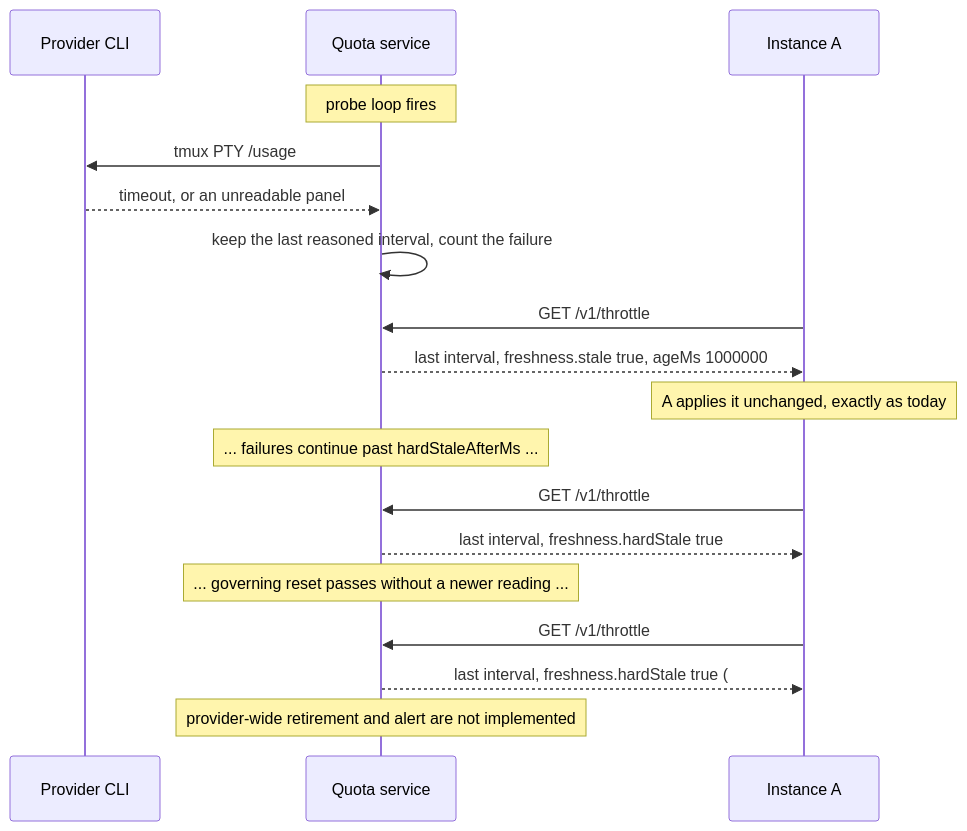
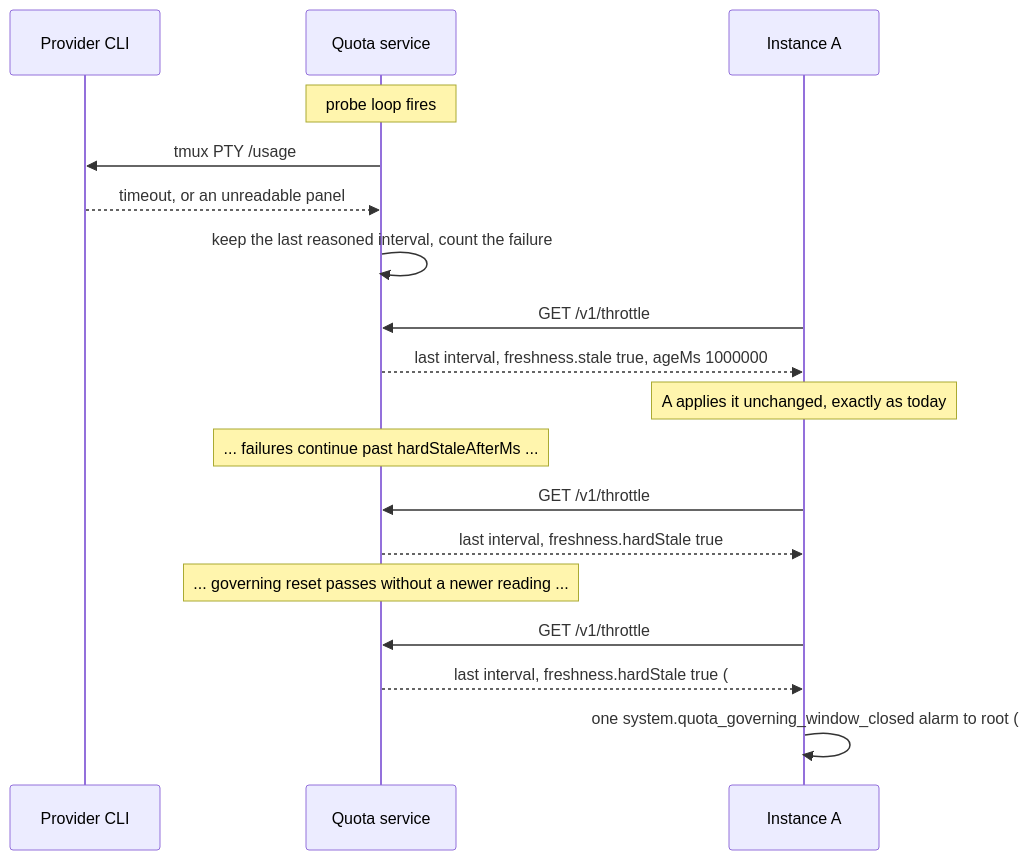
Before and after one commit to MEK-Org/rusa: the second of 4 diagrams in docs/quota-coordinator-design.md, drawn with Mermaid. The commit also changed other lines of this file and 4 other files, not shown here.

First line of the commit message:
feat(quota): alarm root once when a provider-wide window closes unread (#794)

````diff
--- a/docs/quota-coordinator-design.md
+++ b/docs/quota-coordinator-design.md
@@ -1268,21 +1268,21 @@
 ```mermaid
 sequenceDiagram
     participant P as Provider CLI
     participant S as Quota service
     participant A as Instance A
 
     Note over S: probe loop fires
     S->>P: tmux PTY /usage
     P-->>S: timeout, or an unreadable panel
     S->>S: keep the last reasoned interval, count the failure
     A->>S: GET /v1/throttle
     S-->>A: last interval, freshness.stale true, ageMs 1000000
     Note over A: A applies it unchanged, exactly as today
     Note over S: ... failures continue past hardStaleAfterMs ...
     A->>S: GET /v1/throttle
     S-->>A: last interval, freshness.hardStale true
     Note over S: ... governing reset passes without a newer reading ...
     A->>S: GET /v1/throttle
     S-->>A: last interval, freshness.hardStale true (#794 retains throttle across reset)
-    Note over S: provider-wide retirement and alert are not implemented; #794 tracks them
+    A->>A: one system.quota_governing_window_closed alarm to root (#794)
 ```
````
